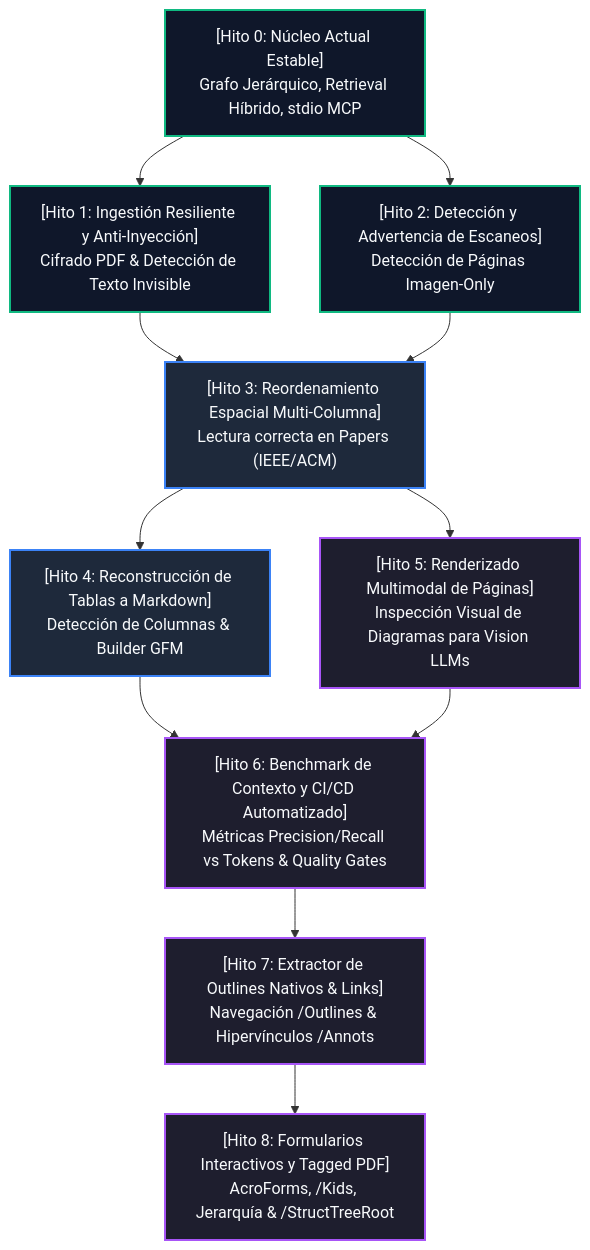
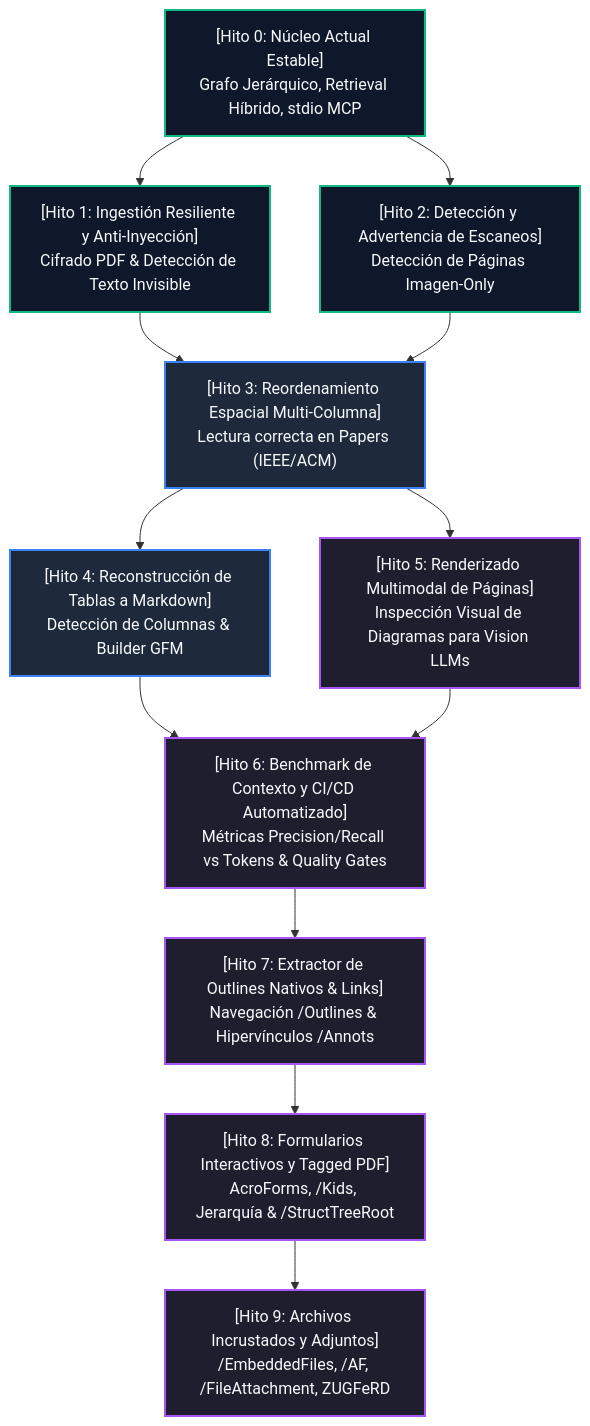
Before and after one commit to yoiberdev/docugraph-mcp: the diagram in docs/milestones-roadmap.md, drawn with Mermaid. The commit also changed other lines of this file and 10 other files, not shown here.

Commit message:
feat(attachments): extract embedded files and attachments (/EmbeddedFiles, /AF, /FileAttachment) (milestone 9)

````diff
--- a/docs/milestones-roadmap.md
+++ b/docs/milestones-roadmap.md
@@ -17,27 +17,29 @@
 ```mermaid
 graph TD
     classDef milestone fill:#1e293b,stroke:#3b82f6,stroke-width:2px,color:#f8fafc;
     classDef foundation fill:#0f172a,stroke:#10b981,stroke-width:2px,color:#f8fafc;
     classDef advanced fill:#1e1e2e,stroke:#a855f7,stroke-width:2px,color:#f8fafc;
 
     M0["[Hito 0: Núcleo Actual Estable]<br/>Grafo Jerárquico, Retrieval Híbrido, stdio MCP"]:::foundation
     M1["[Hito 1: Ingestión Resiliente y Anti-Inyección]<br/>Cifrado PDF & Detección de Texto Invisible"]:::foundation
     M2["[Hito 2: Detección y Advertencia de Escaneos]<br/>Detección de Páginas Imagen-Only"]:::foundation
     M3["[Hito 3: Reordenamiento Espacial Multi-Columna]<br/>Lectura correcta en Papers (IEEE/ACM)"]:::milestone
     M4["[Hito 4: Reconstrucción de Tablas a Markdown]<br/>Detección de Columnas & Builder GFM"]:::milestone
     M5["[Hito 5: Renderizado Multimodal de Páginas]<br/>Inspección Visual de Diagramas para Vision LLMs"]:::advanced
     M6["[Hito 6: Benchmark de Contexto y CI/CD Automatizado]<br/>Métricas Precision/Recall vs Tokens & Quality Gates"]:::advanced
     M7["[Hito 7: Extractor de Outlines Nativos & Links]<br/>Navegación /Outlines & Hipervínculos /Annots"]:::advanced
     M8["[Hito 8: Formularios Interactivos y Tagged PDF]<br/>AcroForms, /Kids, Jerarquía & /StructTreeRoot"]:::advanced
+    M9["[Hito 9: Archivos Incrustados y Adjuntos]<br/>/EmbeddedFiles, /AF, /FileAttachment, ZUGFeRD"]:::advanced
 
     M0 --> M1
     M0 --> M2
     M1 --> M3
     M2 --> M3
     M3 --> M4
     M3 --> M5
     M4 --> M6
     M5 --> M6
     M6 --> M7
     M7 --> M8
+    M8 --> M9
 ```
````
